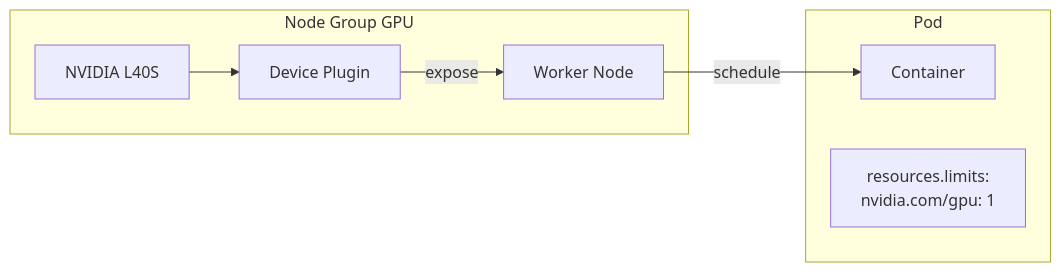
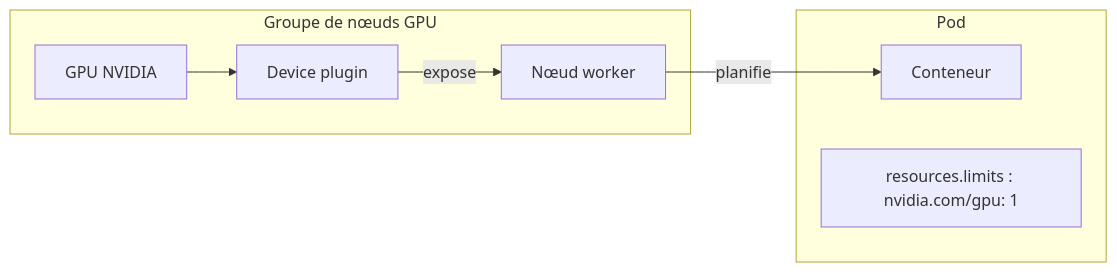
Before and after one commit to HidoraSwiss/hikube-public-doc: the second of 2 diagrams in docs/services/gpu/concepts.md, drawn with Mermaid. The commit also changed other lines of this file and 22 other files, not shown here.

````diff
--- a/docs/services/gpu/concepts.md
+++ b/docs/services/gpu/concepts.md
@@ -102,17 +91,17 @@
 ```mermaid
 graph LR
-    subgraph "Node Group GPU"
-        N1[Worker Node]
-        GPU[NVIDIA L40S]
-        DP[Device Plugin]
+    subgraph "Groupe de nœuds GPU"
+        N1[Nœud worker]
+        GPU[GPU NVIDIA]
+        DP[Device plugin]
     end
 
     subgraph "Pod"
-        C[Container]
-        RL[resources.limits:<br/>nvidia.com/gpu: 1]
+        C[Conteneur]
+        RL["resources.limits : nvidia.com/gpu: 1"]
     end
 
     GPU --> DP
     DP -->|expose| N1
-    N1 -->|schedule| C
+    N1 -->|planifie| C
 ```
````
